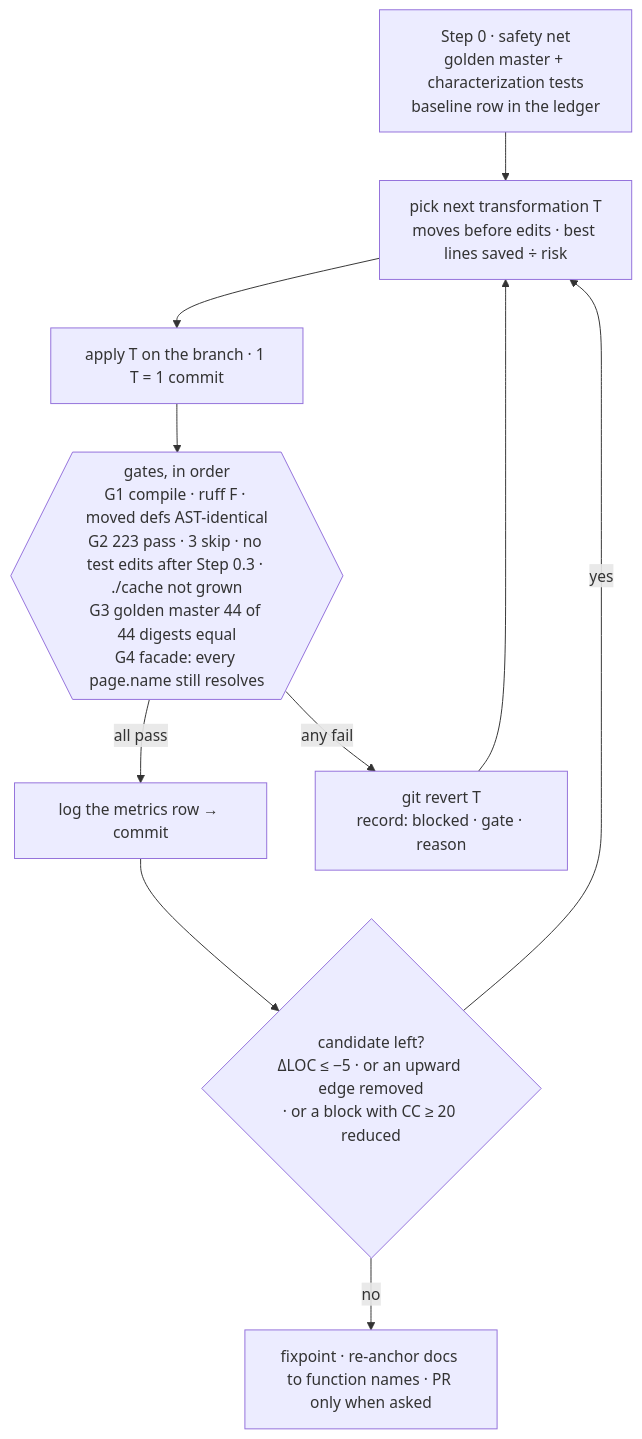
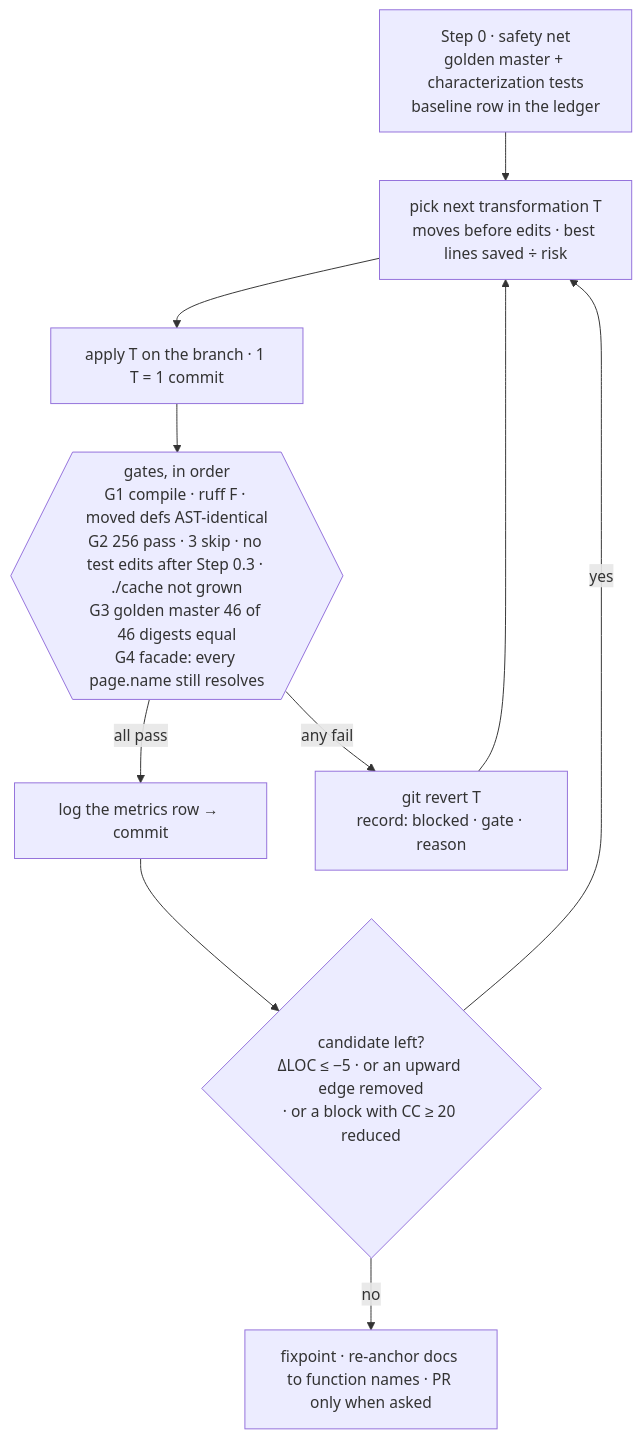
Before and after one commit to firstnattapon/Stock_Price: the third of 3 diagrams in docs/Rent_Gradient_flowchart_Refactor_plan.md, drawn with Mermaid. The commit also changed other lines of this file, not shown here.

````diff
--- a/docs/Rent_Gradient_flowchart_Refactor_plan.md
+++ b/docs/Rent_Gradient_flowchart_Refactor_plan.md
@@ -95,12 +95,12 @@
 ```mermaid
 flowchart TD
     S0["Step 0 · safety net<br/>golden master + characterization tests<br/>baseline row in the ledger"] --> PICK
     PICK["pick next transformation T<br/>moves before edits · best lines saved ÷ risk"] --> APPLY["apply T on the branch · 1 T = 1 commit"]
-    APPLY --> GATES{{"gates, in order<br/>G1 compile · ruff F · moved defs AST-identical<br/>G2 223 pass · 3 skip · no test edits after Step 0.3 · ./cache not grown<br/>G3 golden master 44 of 44 digests equal<br/>G4 facade: every page.name still resolves"}}
+    APPLY --> GATES{{"gates, in order<br/>G1 compile · ruff F · moved defs AST-identical<br/>G2 256 pass · 3 skip · no test edits after Step 0.3 · ./cache not grown<br/>G3 golden master 46 of 46 digests equal<br/>G4 facade: every page.name still resolves"}}
     GATES -->|all pass| LOG["log the metrics row → commit"]
     GATES -->|any fail| REV["git revert T<br/>record: blocked · gate · reason"]
     REV --> PICK
     LOG --> MORE{"candidate left?<br/>ΔLOC ≤ −5 · or an upward edge removed<br/>· or a block with CC ≥ 20 reduced"}
     MORE -->|yes| PICK
     MORE -->|no| FIX["fixpoint · re-anchor docs to function names · PR only when asked"]
 ```
````
